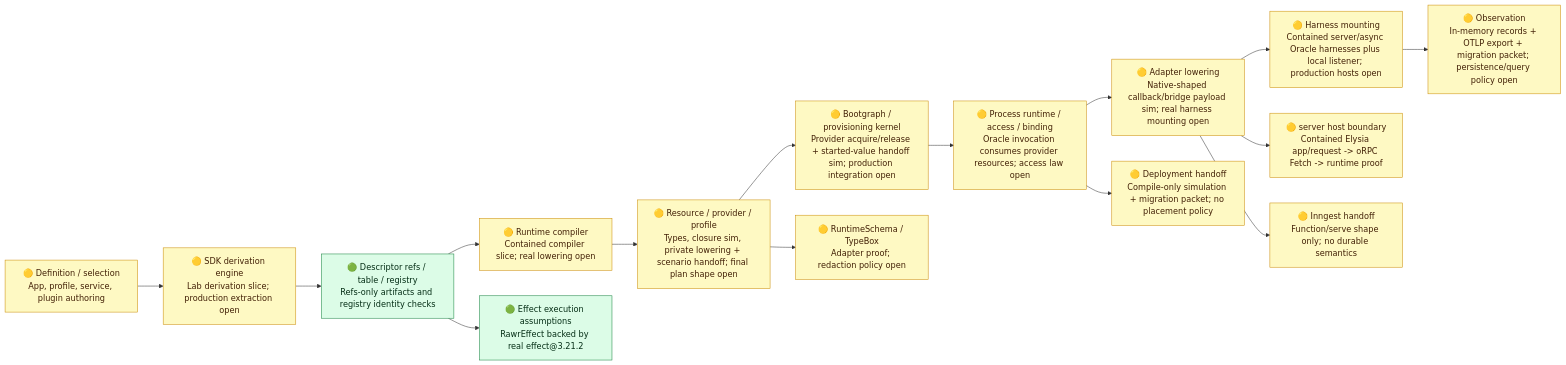
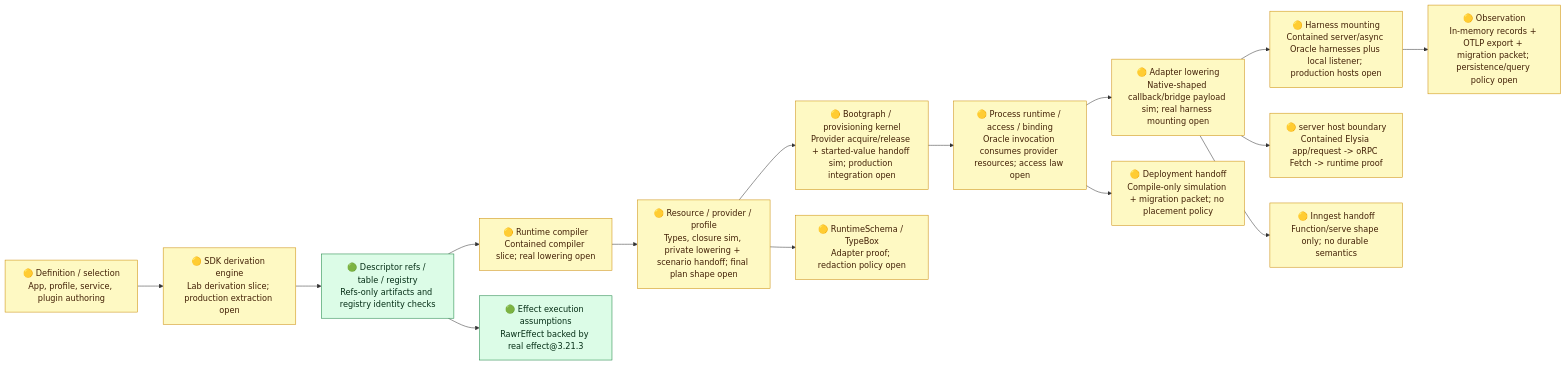
One commit to rawr-ai/rawr-hq-template changed the diagram in tools/runtime-realization-type-env/evidence/runtime-spine-verification-diagnostic.md. Above: the diagram before and after it, drawn with Mermaid. The commit also changed other lines of this file and 11 other files, not shown here.

````diff
--- a/tools/runtime-realization-type-env/evidence/runtime-spine-verification-diagnostic.md
+++ b/tools/runtime-realization-type-env/evidence/runtime-spine-verification-diagnostic.md
@@ -23,25 +23,25 @@
 ```mermaid
 flowchart LR
   A["🟡 Definition / selection<br/>App, profile, service, plugin authoring"] --> B["🟡 SDK derivation engine<br/>Lab derivation slice; production extraction open"]
   B --> C["🟢 Descriptor refs / table / registry<br/>Refs-only artifacts and registry identity checks"]
   C --> D["🟡 Runtime compiler<br/>Contained compiler slice; real lowering open"]
   D --> E["🟡 Resource / provider / profile<br/>Types, closure sim, private lowering + scenario handoff; final plan shape open"]
   E --> F["🟡 Bootgraph / provisioning kernel<br/>Provider acquire/release + started-value handoff sim; production integration open"]
   F --> G["🟡 Process runtime / access / binding<br/>Oracle invocation consumes provider resources; access law open"]
   G --> H["🟡 Adapter lowering<br/>Native-shaped callback/bridge payload sim; real harness mounting open"]
   H --> I["🟡 Harness mounting<br/>Contained server/async Oracle harnesses plus local listener; production hosts open"]
   I --> J["🟡 Observation<br/>In-memory records + OTLP export + migration packet; persistence/query policy open"]
 
-  C --> K["🟢 Effect execution assumptions<br/>RawrEffect backed by real effect@3.21.2"]
+  C --> K["🟢 Effect execution assumptions<br/>RawrEffect backed by real effect@3.21.3"]
   E --> L["🟡 RuntimeSchema / TypeBox<br/>Adapter proof; redaction policy open"]
   H --> M["🟡 server host boundary<br/>Contained Elysia app/request -> oRPC Fetch -> runtime proof"]
   H --> N["🟡 Inngest handoff<br/>Function/serve shape only; no durable semantics"]
   G --> O["🟡 Deployment handoff<br/>Compile-only simulation + migration packet; no placement policy"]
 
   classDef green fill:#dcfce7,stroke:#15803d,color:#052e16;
   classDef yellow fill:#fef9c3,stroke:#ca8a04,color:#422006;
   classDef red fill:#fee2e2,stroke:#b91c1c,color:#450a0a;
   class C,K green;
   class A,B,D,E,F,G,H,J,L,M,N,O yellow;
   class I yellow;
 ```
````
